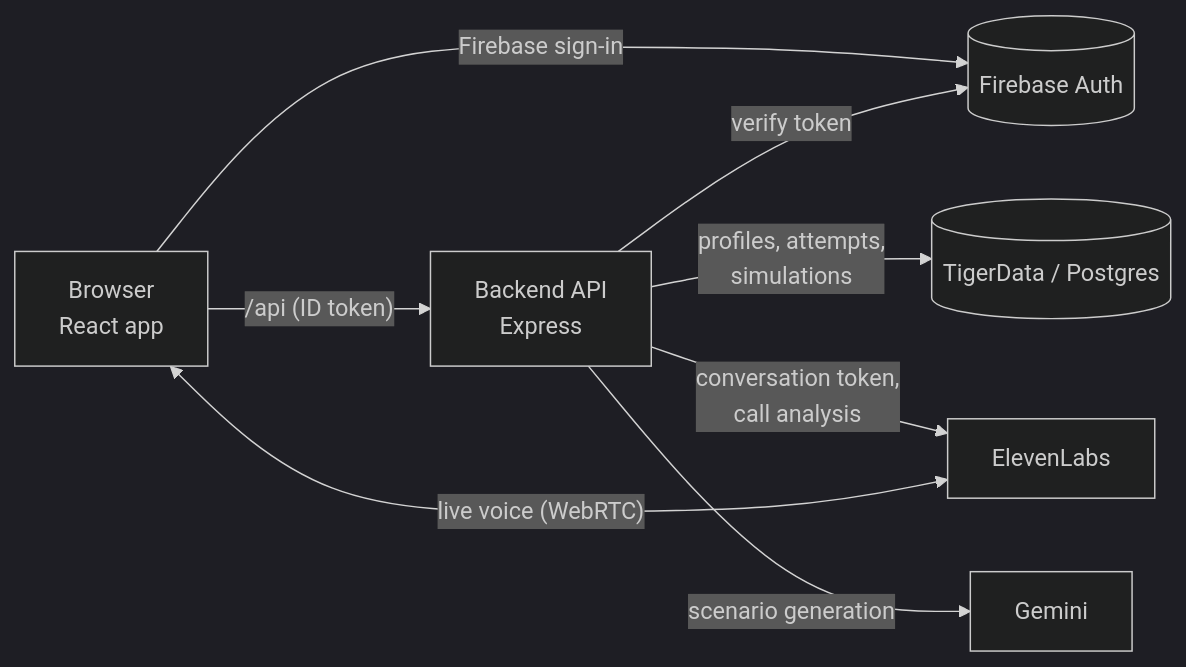
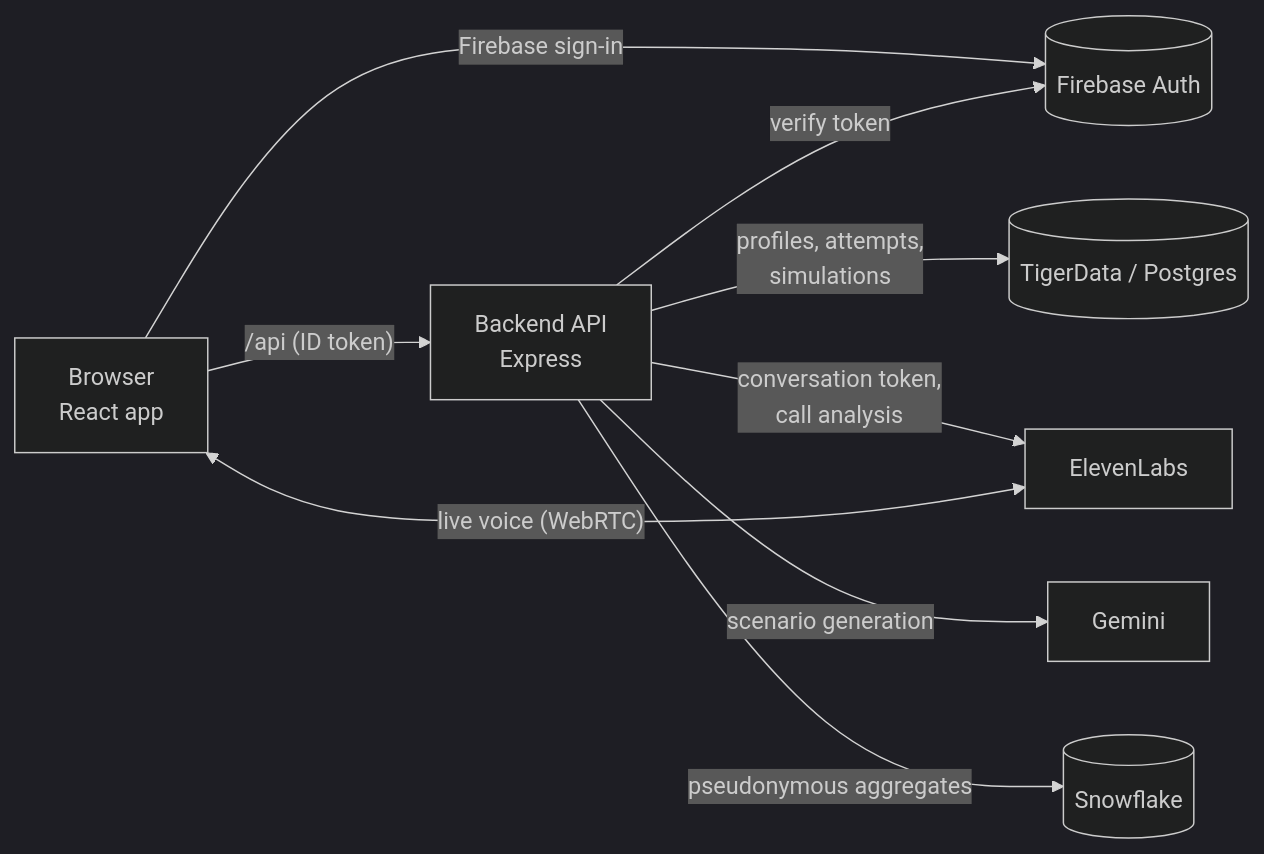
The diagram in README.md (vvictort/stormhacks-2026), drawn with Mermaid (dark theme) before and after one commit. The commit also changed other lines of this file and 4 other files, not shown here.

````diff
--- a/README.md
+++ b/README.md
@@ -17,10 +21,11 @@
 ```mermaid
 flowchart LR
   U[Browser<br/>React app] -- Firebase sign-in --> F[(Firebase Auth)]
   U -- "/api (ID token)" --> B[Backend API<br/>Express]
   B -- verify token --> F
   B -- profiles, attempts,<br/>simulations --> D[(TigerData / Postgres)]
   B -- conversation token,<br/>call analysis --> E[ElevenLabs]
   U <-- live voice (WebRTC) --> E
   B -- scenario generation --> G[Gemini]
+  B -- pseudonymous aggregates --> S[(Snowflake)]
 ```
````
